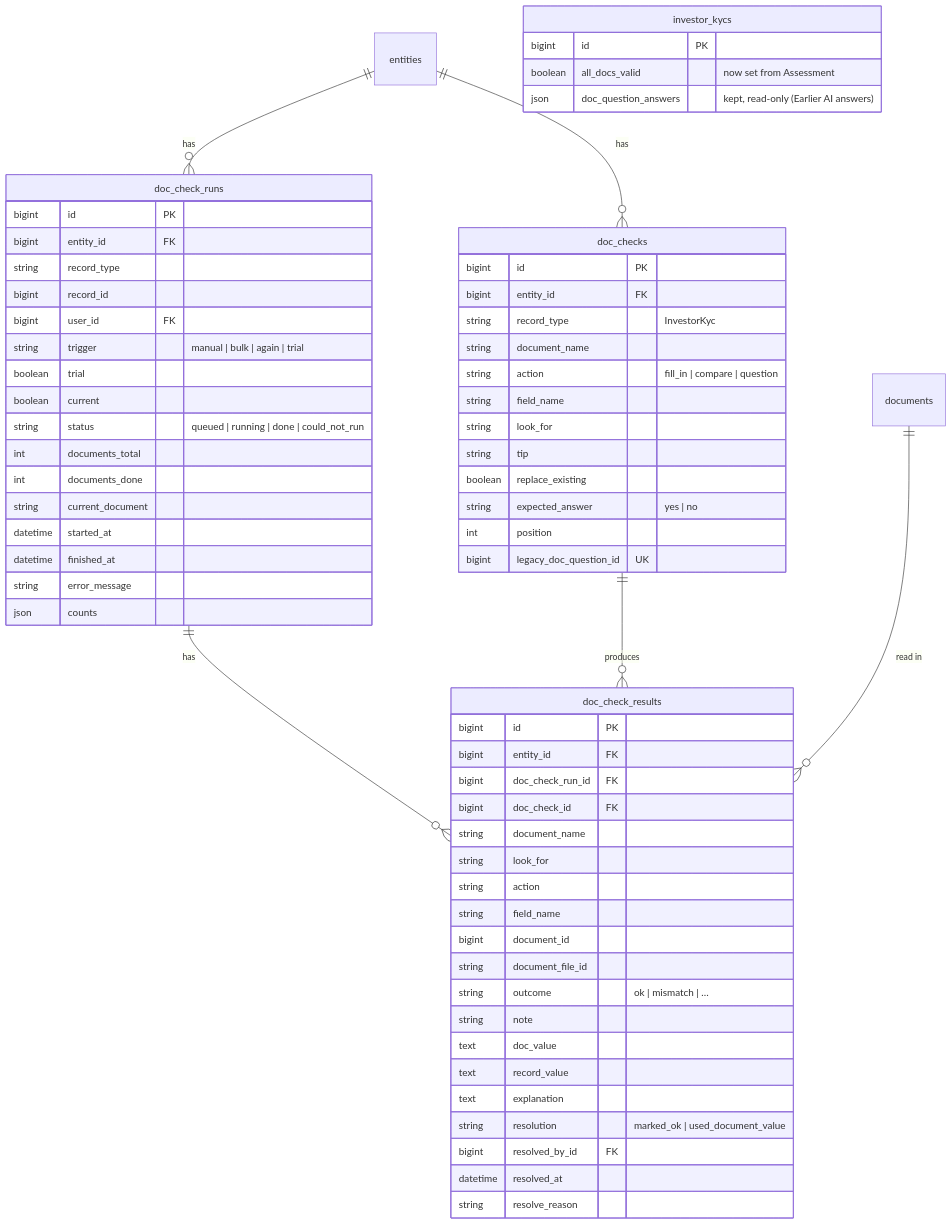
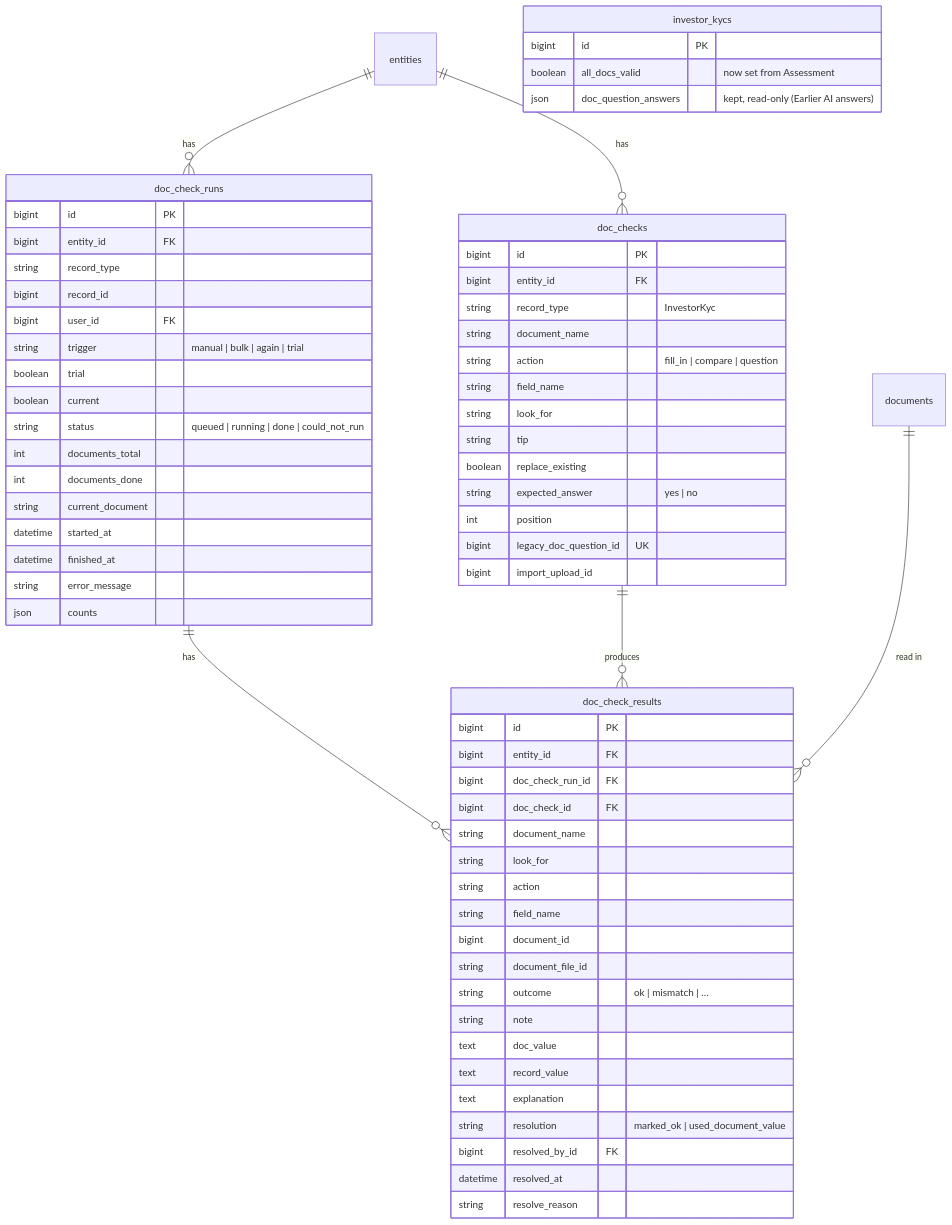
One commit to sampadadiwan/IRM_CompanyMain changed diagram 12 of 13 in openspec/changes/document-checks/design.md. Above: the diagram before and after it, drawn with Mermaid. The commit also changed other lines of this file and 62 other files, not shown here.

````diff
--- a/openspec/changes/document-checks/design.md
+++ b/openspec/changes/document-checks/design.md
@@ -949,66 +989,67 @@
 ```mermaid
 erDiagram
     entities ||--o{ doc_checks : "has"
     entities ||--o{ doc_check_runs : "has"
     doc_check_runs ||--o{ doc_check_results : "has"
     doc_checks ||--o{ doc_check_results : "produces"
     documents ||--o{ doc_check_results : "read in"
     doc_checks {
         bigint id PK
         bigint entity_id FK
         string record_type "InvestorKyc"
         string document_name
         string action "fill_in | compare | question"
         string field_name
         string look_for
         string tip
         boolean replace_existing
         string expected_answer "yes | no"
         int position
         bigint legacy_doc_question_id UK
+        bigint import_upload_id
     }
     doc_check_runs {
         bigint id PK
         bigint entity_id FK
         string record_type
         bigint record_id
         bigint user_id FK
         string trigger "manual | bulk | again | trial"
         boolean trial
         boolean current
         string status "queued | running | done | could_not_run"
         int documents_total
         int documents_done
         string current_document
         datetime started_at
         datetime finished_at
         string error_message
         json counts
     }
     doc_check_results {
         bigint id PK
         bigint entity_id FK
         bigint doc_check_run_id FK
         bigint doc_check_id FK
         string document_name
         string look_for
         string action
         string field_name
         bigint document_id
         string document_file_id
         string outcome "ok | mismatch | …"
         string note
         text doc_value
         text record_value
         text explanation
         string resolution "marked_ok | used_document_value"
         bigint resolved_by_id FK
         datetime resolved_at
         string resolve_reason
     }
     investor_kycs {
         bigint id PK
         boolean all_docs_valid "now set from Assessment"
         json doc_question_answers "kept, read-only (Earlier AI answers)"
     }
 ```
````
